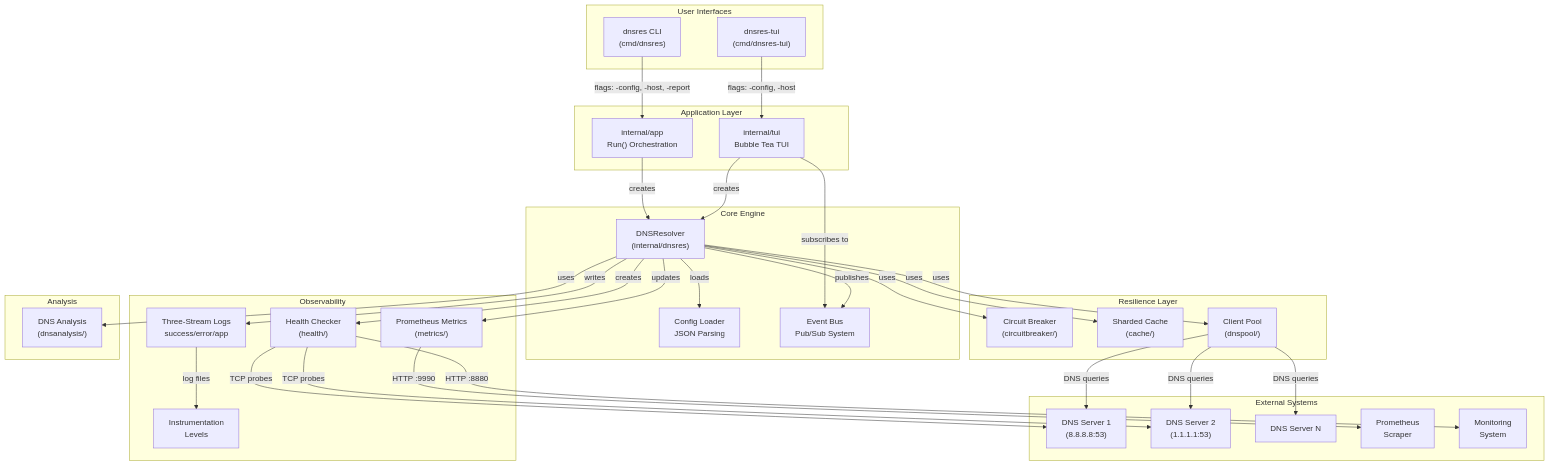
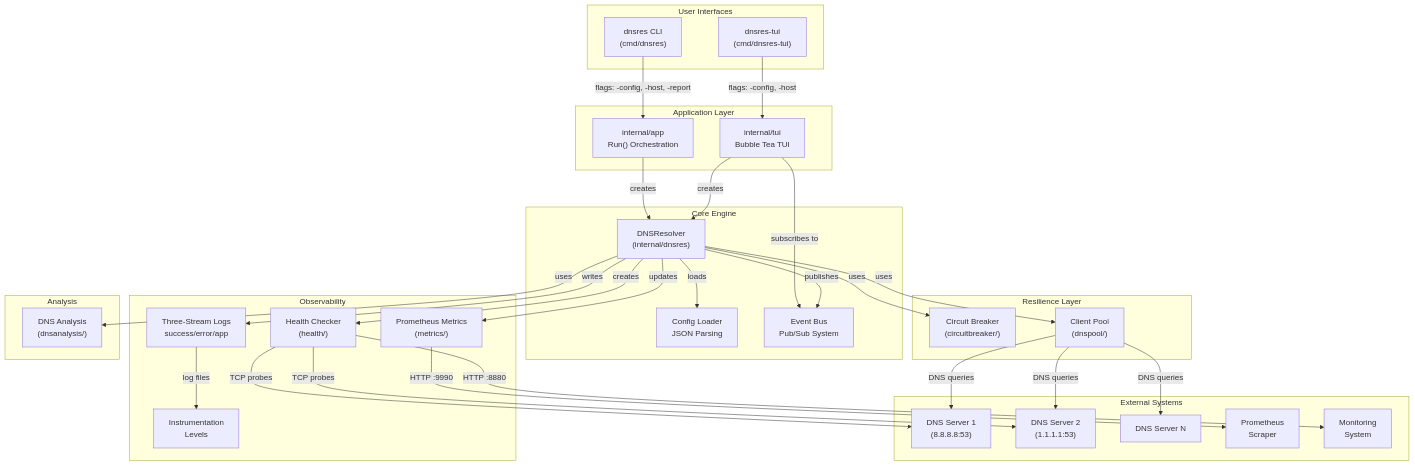
One commit to mikesale/dnsres changed the first of 6 diagrams in PROJECT_MAP.md. Above: the diagram before and after it, drawn with Mermaid. The commit also changed other lines of this file and 19 other files, not shown here.

````diff
--- a/PROJECT_MAP.md
+++ b/PROJECT_MAP.md
@@ -24,72 +24,70 @@
 ```mermaid
 graph TD
     subgraph "User Interfaces"
         CLI["dnsres CLI<br/>(cmd/dnsres)"]
         TUI["dnsres-tui<br/>(cmd/dnsres-tui)"]
     end
 
     subgraph "Application Layer"
         APP["internal/app<br/>Run() Orchestration"]
         TUIRUN["internal/tui<br/>Bubble Tea TUI"]
     end
 
     subgraph "Core Engine"
         RESOLVER["DNSResolver<br/>(internal/dnsres)"]
         CONFIG["Config Loader<br/>JSON Parsing"]
         EVENTS["Event Bus<br/>Pub/Sub System"]
     end
 
     subgraph "Resilience Layer"
         CB["Circuit Breaker<br/>(circuitbreaker/)"]
-        CACHE["Sharded Cache<br/>(cache/)"]
         POOL["Client Pool<br/>(dnspool/)"]
     end
 
     subgraph "Observability"
         METRICS["Prometheus Metrics<br/>(metrics/)"]
         HEALTH["Health Checker<br/>(health/)"]
         LOGS["Three-Stream Logs<br/>success/error/app"]
         INSTR["Instrumentation<br/>Levels"]
     end
 
     subgraph "Analysis"
         ANALYSIS["DNS Analysis<br/>(dnsanalysis/)"]
     end
 
     subgraph "External Systems"
         DNS1["DNS Server 1<br/>(8.8.8.8:53)"]
         DNS2["DNS Server 2<br/>(1.1.1.1:53)"]
         DNSN["DNS Server N"]
         PROM["Prometheus<br/>Scraper"]
         MONITOR["Monitoring<br/>System"]
     end
 
     CLI -->|"flags: -config, -host, -report"| APP
     TUI -->|"flags: -config, -host"| TUIRUN
     
     APP -->|"creates"| RESOLVER
     TUIRUN -->|"creates"| RESOLVER
     TUIRUN -->|"subscribes to"| EVENTS
     
     RESOLVER -->|"loads"| CONFIG
     RESOLVER -->|"publishes"| EVENTS
     RESOLVER -->|"uses"| CB
-    RESOLVER -->|"uses"| CACHE
     RESOLVER -->|"uses"| POOL
     RESOLVER -->|"uses"| ANALYSIS
     RESOLVER -->|"updates"| METRICS
     RESOLVER -->|"writes"| LOGS
     RESOLVER -->|"creates"| HEALTH
     
     POOL -->|"DNS queries"| DNS1
     POOL -->|"DNS queries"| DNS2
     POOL -->|"DNS queries"| DNSN
     
     HEALTH -->|"TCP probes"| DNS1
     HEALTH -->|"TCP probes"| DNS2
     
     HEALTH -->|"HTTP :8880"| MONITOR
     METRICS -->|"HTTP :9990"| PROM
     
     LOGS -->|"log files"| INSTR
 ```
````
